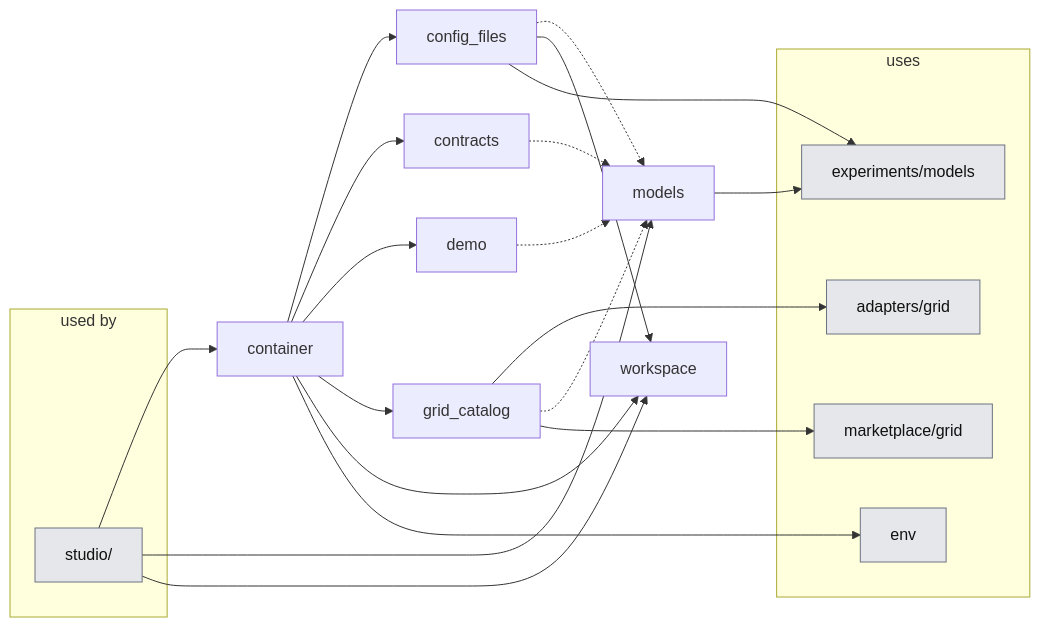
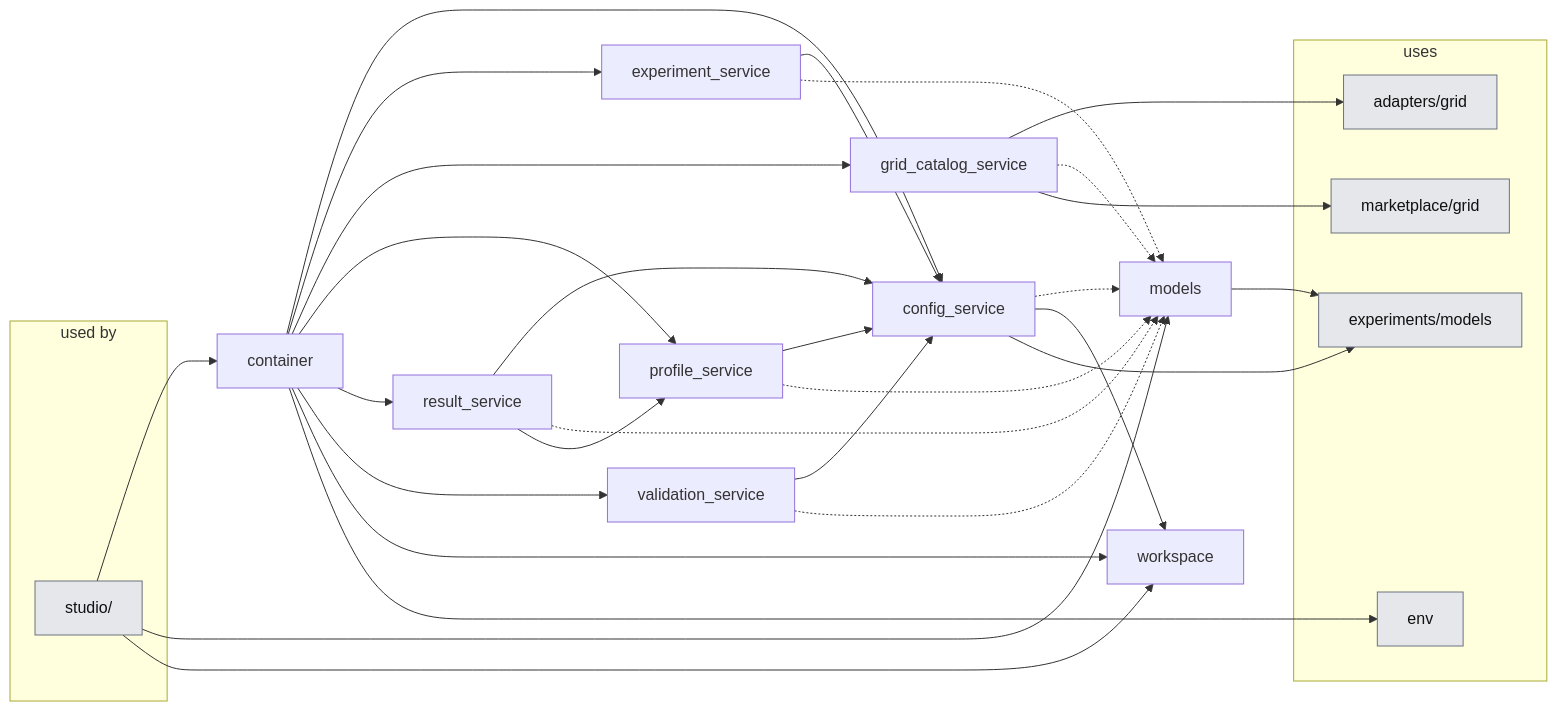
The second of 2 diagrams in docs_thesis/thesis/architecture/04-application-layer.md (KevinRapo/P2P-thesis), drawn with Mermaid before and after one commit. The commit also changed other lines of this file and 15 other files, not shown here.

First line of the commit message:
refactor(application): one module per service: protocol, final and demo

````diff
--- a/docs_thesis/thesis/architecture/04-application-layer.md
+++ b/docs_thesis/thesis/architecture/04-application-layer.md
@@ -61,38 +61,49 @@
 ```mermaid
 flowchart LR
   subgraph USERS["used by"]
     n_studio__users_["studio/"]:::ext
   end
-  n_application_config_files["config_files"]
+  n_application_config_service["config_service"]
   n_application_container["container"]
-  n_application_contracts["contracts"]
-  n_application_demo["demo"]
-  n_application_grid_catalog["grid_catalog"]
+  n_application_experiment_service["experiment_service"]
+  n_application_grid_catalog_service["grid_catalog_service"]
   n_application_models["models"]
+  n_application_profile_service["profile_service"]
+  n_application_result_service["result_service"]
+  n_application_validation_service["validation_service"]
   n_application_workspace["workspace"]
   subgraph USES["uses"]
     n_adapters_grid["adapters/grid"]:::ext
     n_env["env"]:::ext
     n_experiments_models["experiments/models"]:::ext
     n_marketplace_grid["marketplace/grid"]:::ext
   end
-  n_application_config_files -.-> n_application_models
-  n_application_config_files --> n_application_workspace
-  n_application_config_files --> n_experiments_models
-  n_application_container --> n_application_config_files
-  n_application_container --> n_application_contracts
-  n_application_container --> n_application_demo
-  n_application_container --> n_application_grid_catalog
+  n_application_config_service -.-> n_application_models
+  n_application_config_service --> n_application_workspace
+  n_application_config_service --> n_experiments_models
+  n_application_container --> n_application_config_service
+  n_application_container --> n_application_experiment_service
+  n_application_container --> n_application_grid_catalog_service
+  n_application_container --> n_application_profile_service
+  n_application_container --> n_application_result_service
+  n_application_container --> n_application_validation_service
   n_application_container --> n_application_workspace
   n_application_container --> n_env
-  n_application_contracts -.-> n_application_models
-  n_application_demo -.-> n_application_models
-  n_application_grid_catalog --> n_adapters_grid
-  n_application_grid_catalog -.-> n_application_models
-  n_application_grid_catalog --> n_marketplace_grid
+  n_application_experiment_service --> n_application_config_service
+  n_application_experiment_service -.-> n_application_models
+  n_application_grid_catalog_service --> n_adapters_grid
+  n_application_grid_catalog_service -.-> n_application_models
+  n_application_grid_catalog_service --> n_marketplace_grid
   n_application_models --> n_experiments_models
+  n_application_profile_service --> n_application_config_service
+  n_application_profile_service -.-> n_application_models
+  n_application_result_service --> n_application_config_service
+  n_application_result_service -.-> n_application_models
+  n_application_result_service --> n_application_profile_service
+  n_application_validation_service --> n_application_config_service
+  n_application_validation_service -.-> n_application_models
   n_studio__users_ --> n_application_container
   n_studio__users_ --> n_application_models
   n_studio__users_ --> n_application_workspace
   classDef ext fill:#e5e7eb,stroke:#6b7280,color:#111
 ```
````
